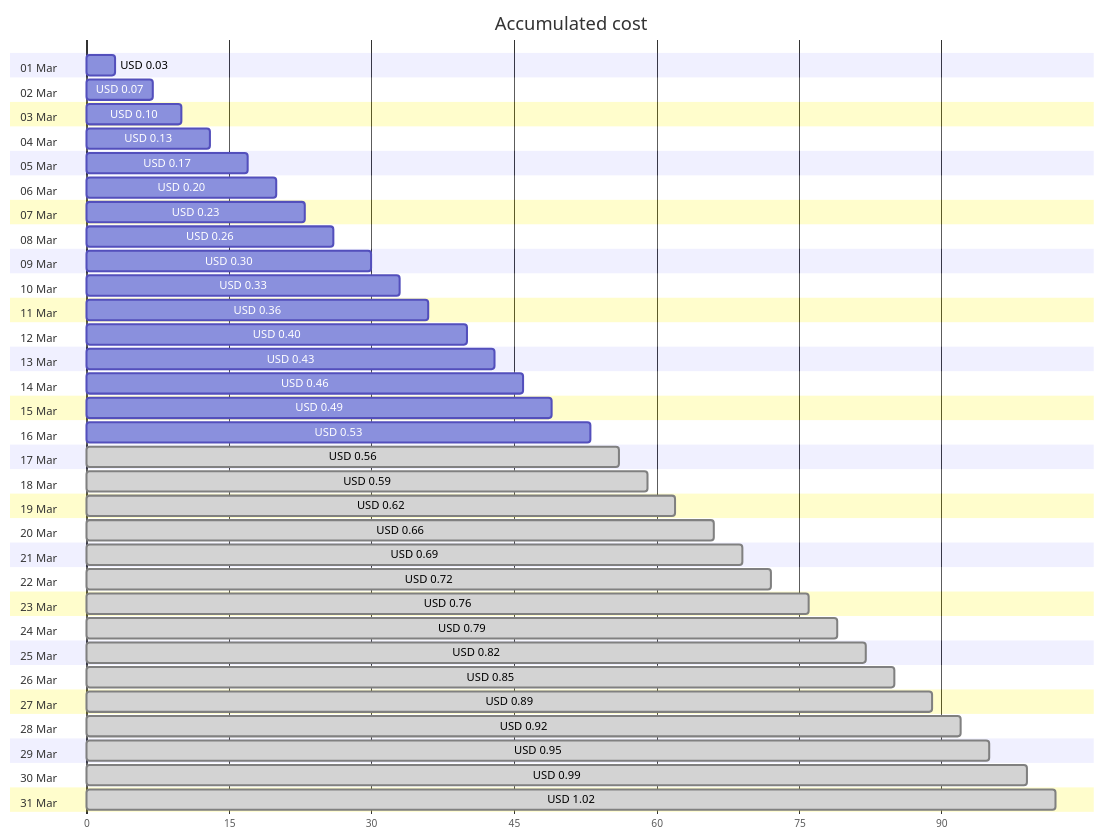
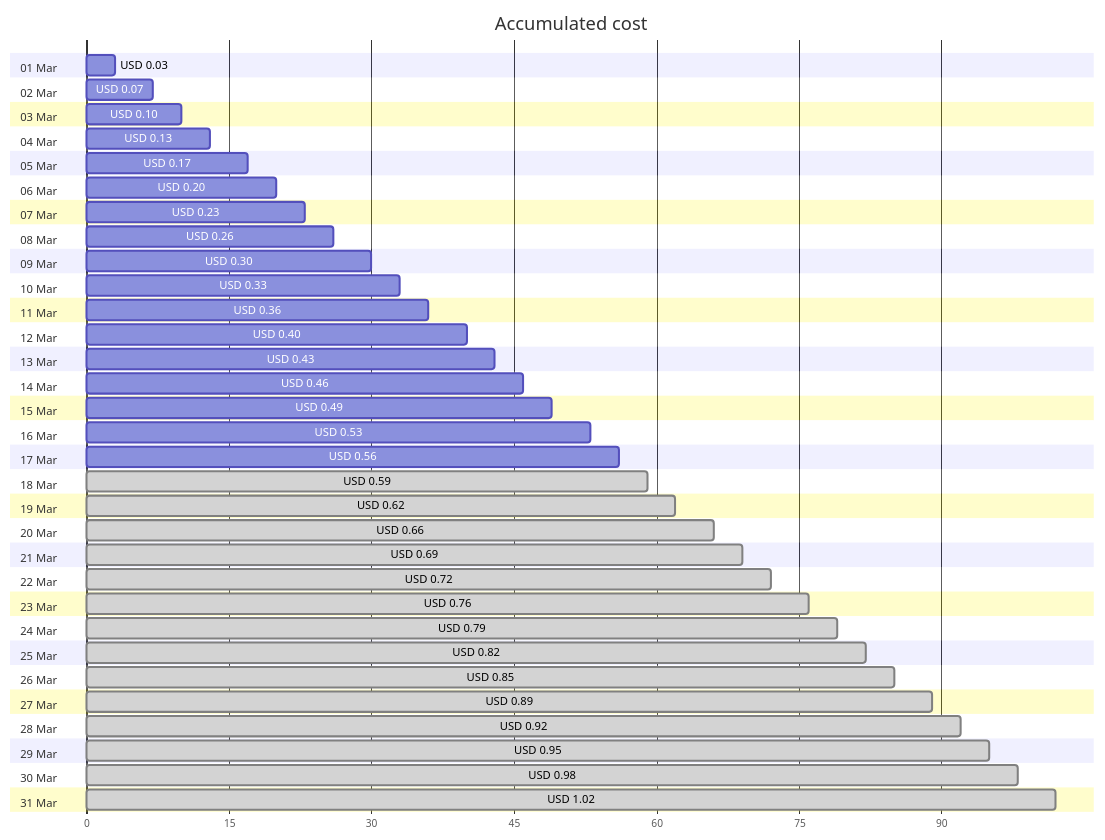
One commit to jpfulton/azure-personal-reports changed the first of 4 diagrams in cost-reports/personal-dns/README.md. Above: the diagram before and after it, drawn with Mermaid. The commit also changed other lines of this file and 2 other files, not shown here.

````diff
--- a/cost-reports/personal-dns/README.md
+++ b/cost-reports/personal-dns/README.md
@@ -20,68 +20,68 @@
 ```mermaid
 gantt
    title Accumulated cost
    dateFormat  X
    axisFormat %s
    section 01 Mar
    USD 0.03 :0, 3
    section 02 Mar
    USD 0.07 :0, 7
    section 03 Mar
    USD 0.10 :0, 10
    section 04 Mar
    USD 0.13 :0, 13
    section 05 Mar
    USD 0.17 :0, 17
    section 06 Mar
    USD 0.20 :0, 20
    section 07 Mar
    USD 0.23 :0, 23
    section 08 Mar
    USD 0.26 :0, 26
    section 09 Mar
    USD 0.30 :0, 30
    section 10 Mar
    USD 0.33 :0, 33
    section 11 Mar
    USD 0.36 :0, 36
    section 12 Mar
    USD 0.40 :0, 40
    section 13 Mar
    USD 0.43 :0, 43
    section 14 Mar
    USD 0.46 :0, 46
    section 15 Mar
    USD 0.49 :0, 49
    section 16 Mar
    USD 0.53 :0, 53
    section 17 Mar
-   USD 0.56 : done, 0, 56
+   USD 0.56 :0, 56
    section 18 Mar
    USD 0.59 : done, 0, 59
    section 19 Mar
    USD 0.62 : done, 0, 62
    section 20 Mar
    USD 0.66 : done, 0, 66
    section 21 Mar
    USD 0.69 : done, 0, 69
    section 22 Mar
    USD 0.72 : done, 0, 72
    section 23 Mar
    USD 0.76 : done, 0, 76
    section 24 Mar
    USD 0.79 : done, 0, 79
    section 25 Mar
    USD 0.82 : done, 0, 82
    section 26 Mar
    USD 0.85 : done, 0, 85
    section 27 Mar
    USD 0.89 : done, 0, 89
    section 28 Mar
    USD 0.92 : done, 0, 92
    section 29 Mar
    USD 0.95 : done, 0, 95
    section 30 Mar
-   USD 0.99 : done, 0, 99
+   USD 0.98 : done, 0, 98
    section 31 Mar
    USD 1.02 : done, 0, 102
 ```
````
